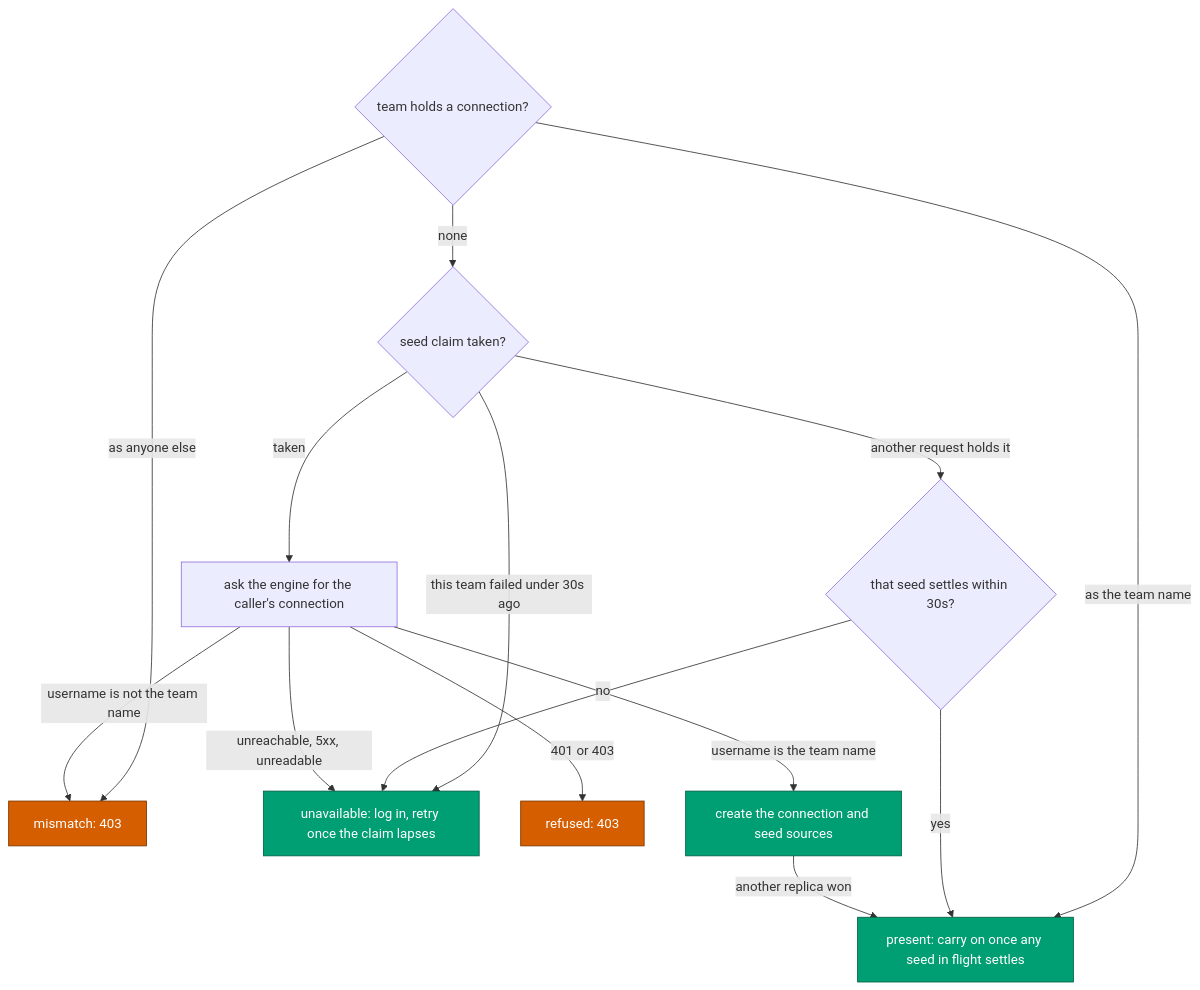
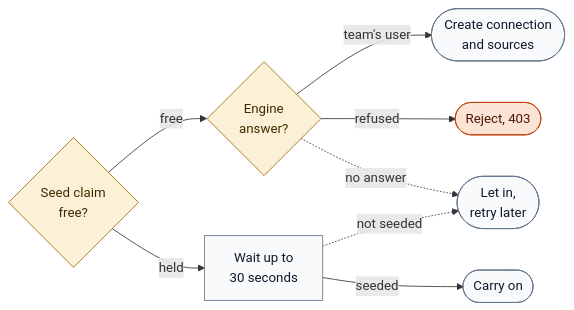
Before and after one commit to hyperi-io/dfe-hyperdx: the second of 2 diagrams in docs/architecture/team-identity.md, drawn with Mermaid. The commit also changed other lines of this file and 24 other files, not shown here.

First line of the commit message:
docs(hyperdx): fix claims and redraw the fork docs diagrams

````diff
--- a/docs/architecture/team-identity.md
+++ b/docs/architecture/team-identity.md
@@ -34,22 +60,27 @@
 ```mermaid
-flowchart TB
-    held{"team holds a connection?"}
-    held -->|as the team name| present["present: carry on once any seed in flight settles"]
-    held -->|as anyone else| mismatch["mismatch: 403"]
-    held -->|none| claim{"seed claim taken?"}
-    claim -->|this team failed under 30s ago| unavailable
-    claim -->|another request holds it| wait{"that seed settles within 30s?"}
-    wait -->|yes| present
-    wait -->|no| unavailable
-    claim -->|taken| ask["ask the engine for the caller's connection"]
-    ask -->|401 or 403| refused["refused: 403"]
-    ask -->|unreachable, 5xx, unreadable| unavailable["unavailable: log in, retry once the claim lapses"]
-    ask -->|username is not the team name| mismatch
-    ask -->|username is the team name| create["create the connection and seed sources"]
-    create -->|another replica won| present
+flowchart LR
+    accTitle: L4 Detail -- Seeding a team connection
+    accDescr: A request takes the team's seed claim if it is free and asks the engine for the caller's connection. The team's own user creates the connection and its sources. An engine 401 or 403, or another ClickHouse user, is refused with 403. Any other answer lets the request in and retries later. A request that finds the claim held waits for that seed, then carries on if the connection exists or retries later.
 
-    classDef bad fill:#D55E00,stroke:#7a3500,color:#ffffff
-    classDef ok fill:#009E73,stroke:#005f45,color:#ffffff
-    class mismatch,refused bad
-    class present,create,unavailable ok
+    claim{"Seed claim<br/>free?"}
+    ask{"Engine<br/>answer?"}
+    wait["Wait up to<br/>30 seconds"]
+    create(["Create connection<br/>and sources"])
+    refuse(["Reject, 403"])
+    later(["Let in,<br/>retry later"])
+    carry(["Carry on"])
+
+    claim -->|free| ask
+    claim -->|held| wait
+    ask -->|team's user| create
+    ask -->|refused| refuse
+    ask -.->|no answer| later
+    wait -.->|not seeded| later
+    wait -->|seeded| carry
+
+    classDef default fill:#F8FAFC,stroke:#64748B,stroke-width:1px,color:#0F172A
+    classDef decision fill:#FCF1D6,stroke:#9A6700,stroke-width:1px,color:#3D2A00
+    classDef error fill:#FBE3D6,stroke:#C2410C,stroke-width:1px,color:#4A1A05
+    class claim,ask decision
+    class refuse error
 ```
````
